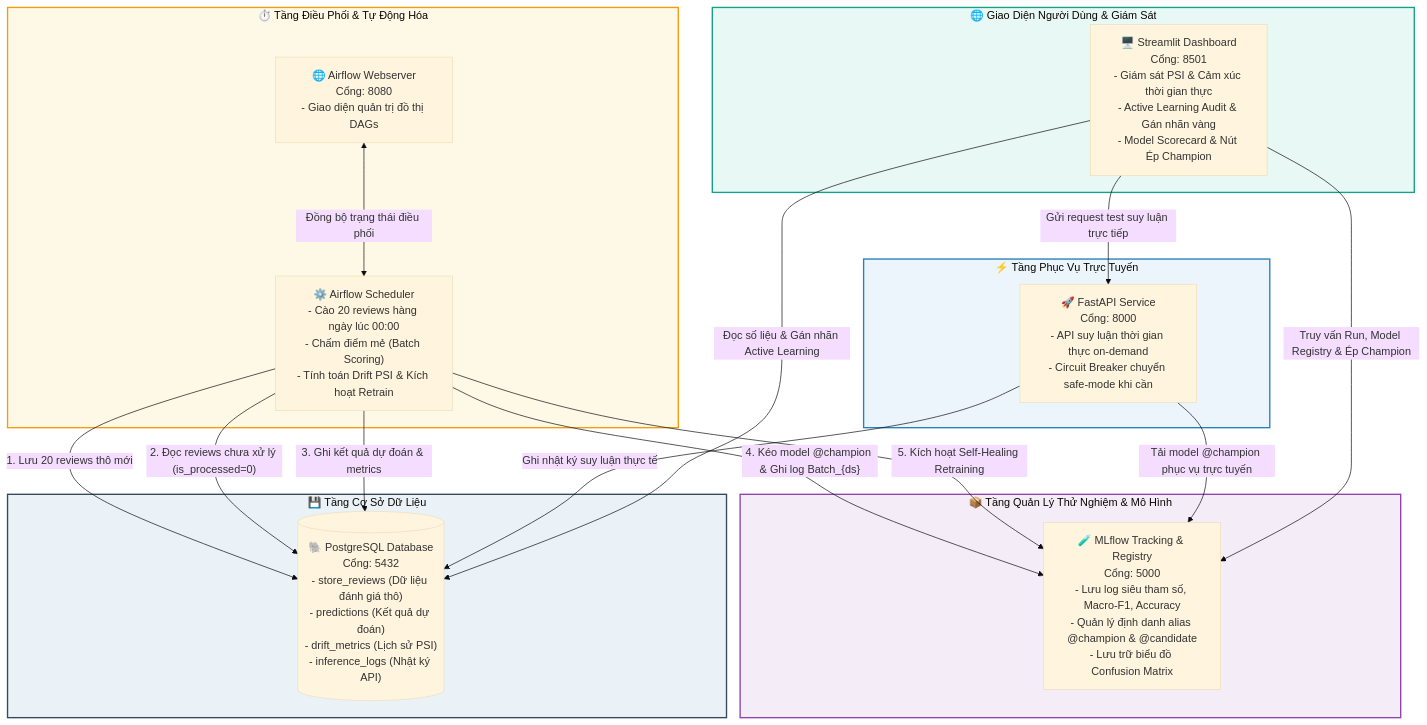
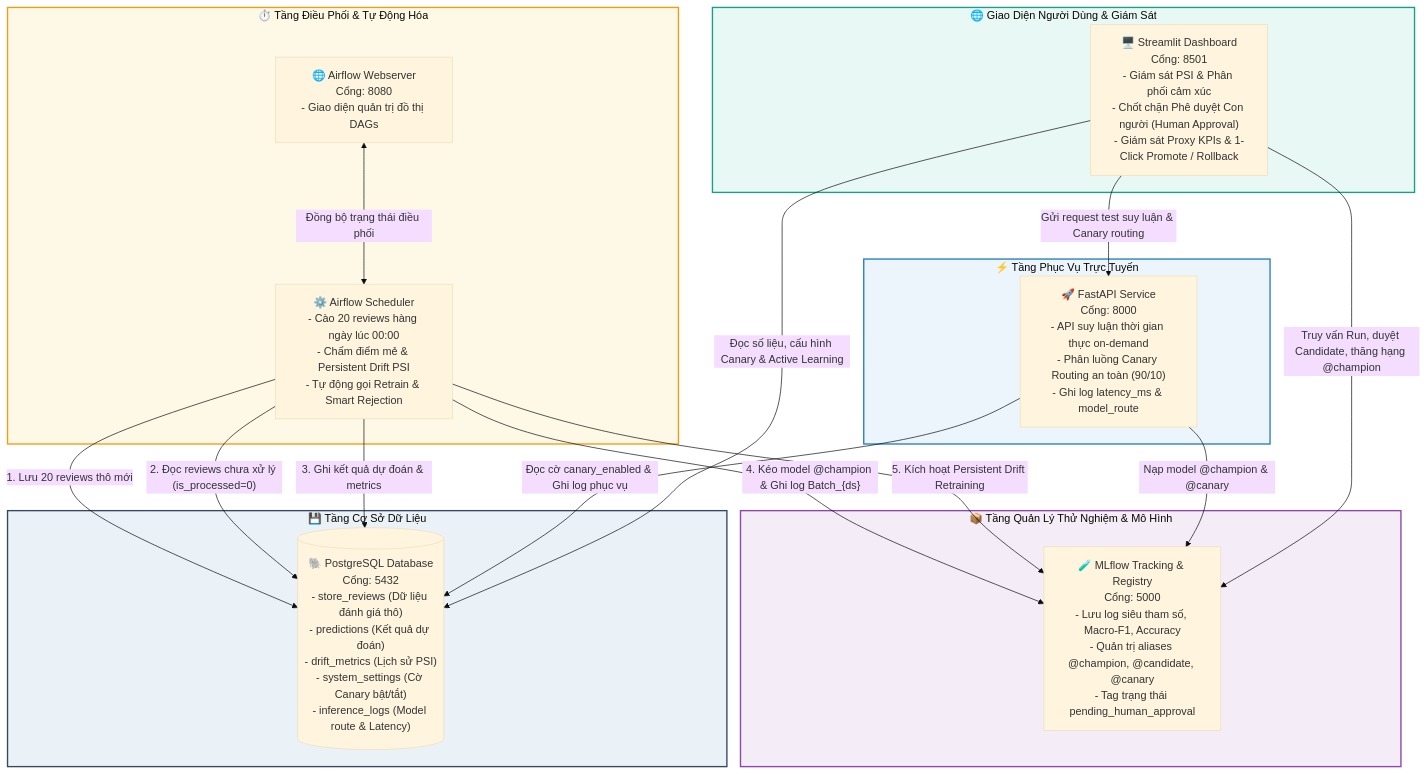
Before and after one commit to tmtien35/sentiment_analysis_mlops: the second of 2 diagrams in README.md, drawn with Mermaid (base theme). The commit also changed other lines of this file and 6 other files, not shown here.

````diff
--- a/README.md
+++ b/README.md
@@ -102,44 +117,44 @@
 ```mermaid
 flowchart TB
     subgraph ClientLayer["🌐 Giao Diện Người Dùng & Giám Sát"]
-        UI["🖥️ Streamlit Dashboard<br/>Cổng: 8501<br/>- Giám sát PSI & Cảm xúc thời gian thực<br/>- Active Learning Audit & Gán nhãn vàng<br/>- Model Scorecard & Nút Ép Champion"]
+        UI["🖥️ Streamlit Dashboard<br/>Cổng: 8501<br/>- Giám sát PSI & Phân phối cảm xúc<br/>- Chốt chặn Phê duyệt Con người (Human Approval)<br/>- Giám sát Proxy KPIs & 1-Click Promote / Rollback"]
     end
 
     subgraph ServingLayer["⚡ Tầng Phục Vụ Trực Tuyến"]
-        API["🚀 FastAPI Service<br/>Cổng: 8000<br/>- API suy luận thời gian thực on-demand<br/>- Circuit Breaker chuyển safe-mode khi cần"]
+        API["🚀 FastAPI Service<br/>Cổng: 8000<br/>- API suy luận thời gian thực on-demand<br/>- Phân luồng Canary Routing an toàn (90/10)<br/>- Ghi log latency_ms & model_route"]
     end
 
     subgraph OrchestrationLayer["⏱️ Tầng Điều Phối & Tự Động Hóa"]
         AF_Web["🌐 Airflow Webserver<br/>Cổng: 8080<br/>- Giao diện quản trị đồ thị DAGs"]
-        AF_Sched["⚙️ Airflow Scheduler<br/>- Cào 20 reviews hàng ngày lúc 00:00<br/>- Chấm điểm mẻ (Batch Scoring)<br/>- Tính toán Drift PSI & Kích hoạt Retrain"]
+        AF_Sched["⚙️ Airflow Scheduler<br/>- Cào 20 reviews hàng ngày lúc 00:00<br/>- Chấm điểm mẻ & Persistent Drift PSI<br/>- Tự động gọi Retrain & Smart Rejection"]
     end
 
     subgraph RegistryLayer["📦 Tầng Quản Lý Thử Nghiệm & Mô Hình"]
-        MLFLOW["🧪 MLflow Tracking & Registry<br/>Cổng: 5000<br/>- Lưu log siêu tham số, Macro-F1, Accuracy<br/>- Quản lý định danh alias @champion & @candidate<br/>- Lưu trữ biểu đồ Confusion Matrix"]
+        MLFLOW["🧪 MLflow Tracking & Registry<br/>Cổng: 5000<br/>- Lưu log siêu tham số, Macro-F1, Accuracy<br/>- Quản trị aliases @champion, @candidate, @canary<br/>- Tag trạng thái pending_human_approval"]
     end
 
     subgraph StorageLayer["💾 Tầng Cơ Sở Dữ Liệu"]
-        POSTGRES[("🐘 PostgreSQL Database<br/>Cổng: 5432<br/>- store_reviews (Dữ liệu đánh giá thô)<br/>- predictions (Kết quả dự đoán)<br/>- drift_metrics (Lịch sử PSI)<br/>- inference_logs (Nhật ký API)")]
+        POSTGRES[("🐘 PostgreSQL Database<br/>Cổng: 5432<br/>- store_reviews (Dữ liệu đánh giá thô)<br/>- predictions (Kết quả dự đoán)<br/>- drift_metrics (Lịch sử PSI)<br/>- system_settings (Cờ Canary bật/tắt)<br/>- inference_logs (Model route & Latency)")]
     end
 
     AF_Sched -->|"1. Lưu 20 reviews thô mới"| POSTGRES
     AF_Sched -->|"2. Đọc reviews chưa xử lý (is_processed=0)"| POSTGRES
     AF_Sched -->|"3. Ghi kết quả dự đoán & metrics"| POSTGRES
     AF_Sched -->|"4. Kéo model @champion & Ghi log Batch_{ds}"| MLFLOW
-    AF_Sched -->|"5. Kích hoạt Self-Healing Retraining"| MLFLOW
+    AF_Sched -->|"5. Kích hoạt Persistent Drift Retraining"| MLFLOW
     
-    API -->|"Tải model @champion phục vụ trực tuyến"| MLFLOW
-    API -->|"Ghi nhật ký suy luận thực tế"| POSTGRES
+    API -->|"Nạp model @champion & @canary"| MLFLOW
+    API -->|"Đọc cờ canary_enabled & Ghi log phục vụ"| POSTGRES
 
-    UI -->|"Đọc số liệu & Gán nhãn Active Learning"| POSTGRES
-    UI -->|"Truy vấn Run, Model Registry & Ép Champion"| MLFLOW
-    UI -->|"Gửi request test suy luận trực tiếp"| API
+    UI -->|"Đọc số liệu, cấu hình Canary & Active Learning"| POSTGRES
+    UI -->|"Truy vấn Run, duyệt Candidate, thăng hạng @champion"| MLFLOW
+    UI -->|"Gửi request test suy luận & Canary routing"| API
 
     AF_Web <-->|"Đồng bộ trạng thái điều phối"| AF_Sched
 
     style ClientLayer fill:#e8f8f5,stroke:#16a085,stroke-width:2px
     style ServingLayer fill:#ebf5fb,stroke:#2980b9,stroke-width:2px
     style OrchestrationLayer fill:#fef9e7,stroke:#f39c12,stroke-width:2px
     style RegistryLayer fill:#f4ecf7,stroke:#8e44ad,stroke-width:2px
     style StorageLayer fill:#eaf2f8,stroke:#34495e,stroke-width:2px
 ```
````
